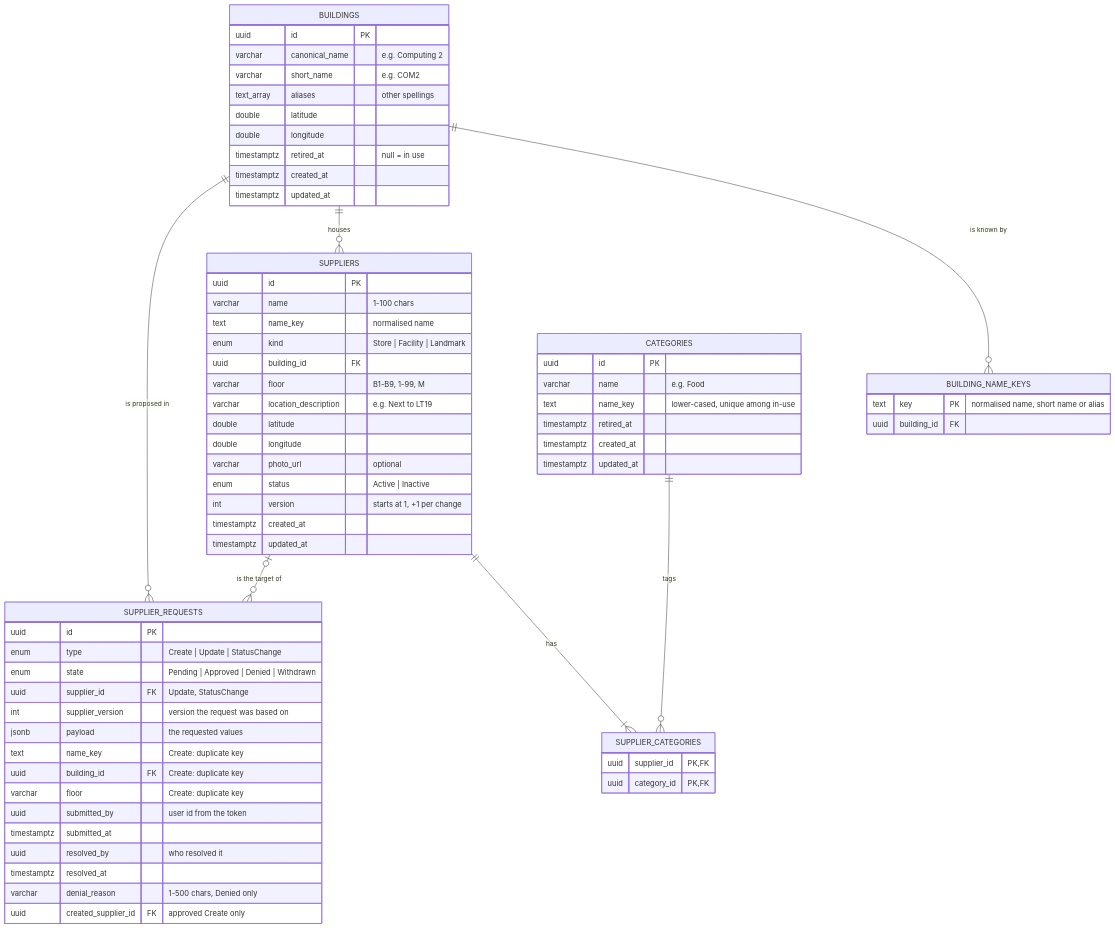
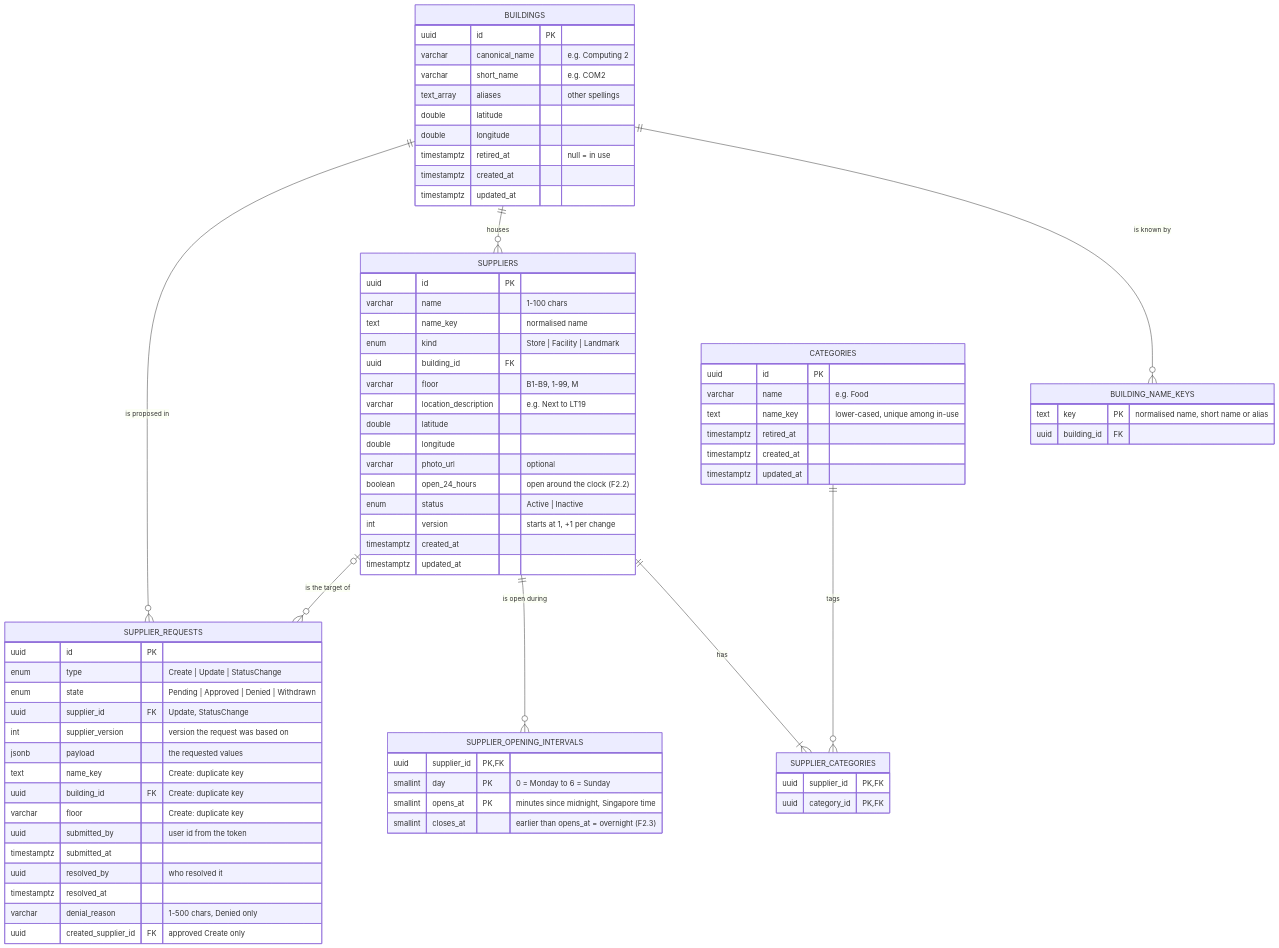
The first of 5 diagrams in supplier-service/README.md (AY2627S1-CS3219-P27/FoC), drawn with Mermaid before and after one commit. The commit also changed other lines of this file and 2 other files, not shown here.

First line of the commit message:
Document opening hours; add Postman folder 6

````diff
--- a/supplier-service/README.md
+++ b/supplier-service/README.md
@@ -89,70 +89,78 @@
 ```mermaid
 erDiagram
     BUILDINGS ||--o{ BUILDING_NAME_KEYS : "is known by"
     BUILDINGS ||--o{ SUPPLIERS : "houses"
     SUPPLIERS ||--|{ SUPPLIER_CATEGORIES : "has"
     CATEGORIES ||--o{ SUPPLIER_CATEGORIES : "tags"
+    SUPPLIERS ||--o{ SUPPLIER_OPENING_INTERVALS : "is open during"
 
     BUILDINGS {
         uuid id PK
         varchar canonical_name "e.g. Computing 2"
         varchar short_name "e.g. COM2"
         text_array aliases "other spellings"
         double latitude
         double longitude
         timestamptz retired_at "null = in use"
         timestamptz created_at
         timestamptz updated_at
     }
     BUILDING_NAME_KEYS {
         text key PK "normalised name, short name or alias"
         uuid building_id FK
     }
     CATEGORIES {
         uuid id PK
         varchar name "e.g. Food"
         text name_key "lower-cased, unique among in-use"
         timestamptz retired_at
         timestamptz created_at
         timestamptz updated_at
     }
     SUPPLIERS {
         uuid id PK
         varchar name "1-100 chars"
         text name_key "normalised name"
         enum kind "Store | Facility | Landmark"
         uuid building_id FK
         varchar floor "B1-B9, 1-99, M"
         varchar location_description "e.g. Next to LT19"
         double latitude
         double longitude
         varchar photo_url "optional"
+        boolean open_24_hours "open around the clock (F2.2)"
         enum status "Active | Inactive"
         int version "starts at 1, +1 per change"
         timestamptz created_at
         timestamptz updated_at
     }
     SUPPLIER_CATEGORIES {
         uuid supplier_id PK, FK
         uuid category_id PK, FK
+    }
+    SUPPLIER_OPENING_INTERVALS {
+        uuid supplier_id PK, FK
+        smallint day PK "0 = Monday to 6 = Sunday"
+        smallint opens_at PK "minutes since midnight, Singapore time"
+        smallint closes_at "earlier than opens_at = overnight (F2.3)"
     }
     SUPPLIERS |o--o{ SUPPLIER_REQUESTS : "is the target of"
     BUILDINGS ||--o{ SUPPLIER_REQUESTS : "is proposed in"
     SUPPLIER_REQUESTS {
         uuid id PK
         enum type "Create | Update | StatusChange"
         enum state "Pending | Approved | Denied | Withdrawn"
         uuid supplier_id FK "Update, StatusChange"
         int supplier_version "version the request was based on"
         jsonb payload "the requested values"
         text name_key "Create: duplicate key"
         uuid building_id FK "Create: duplicate key"
         varchar floor "Create: duplicate key"
         uuid submitted_by "user id from the token"
         timestamptz submitted_at
         uuid resolved_by "who resolved it"
         timestamptz resolved_at
         varchar denial_reason "1-500 chars, Denied only"
         uuid created_supplier_id FK "approved Create only"
     }
 ```
````
